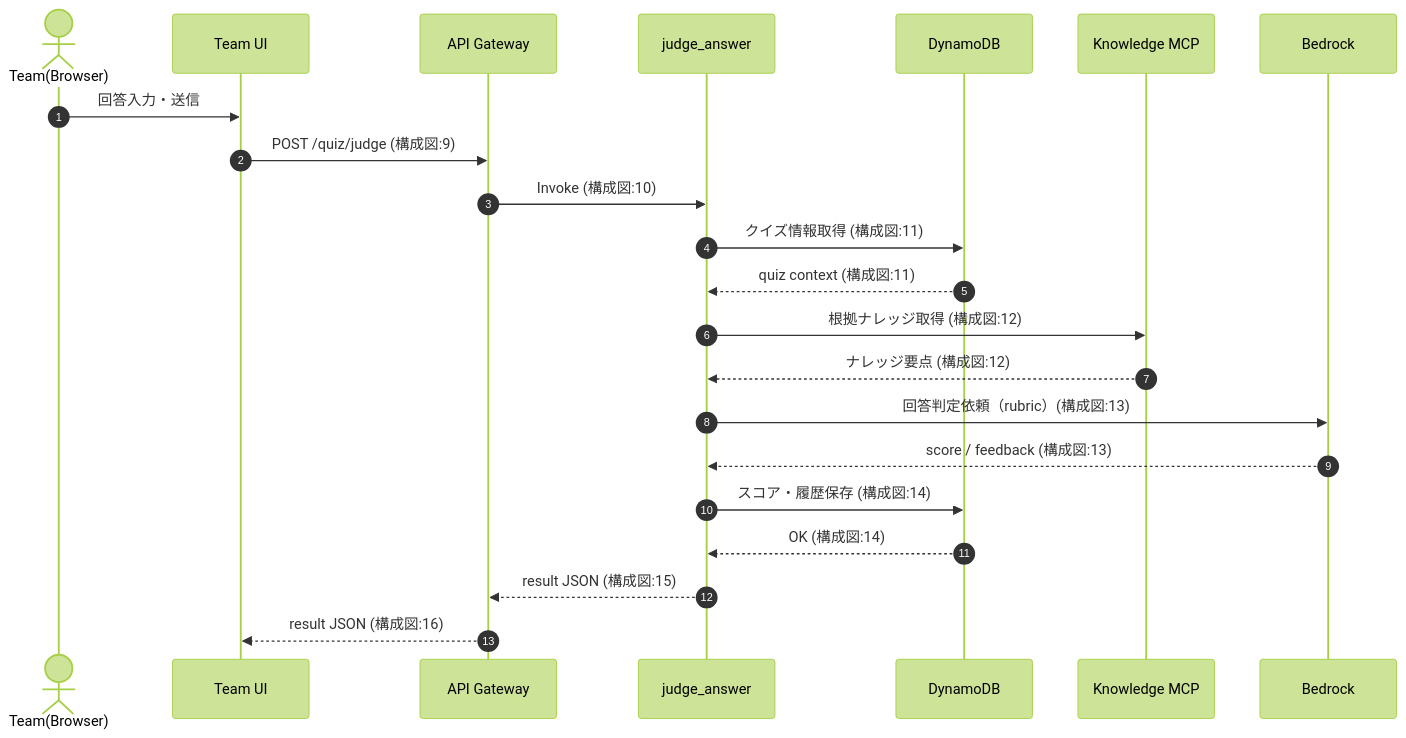
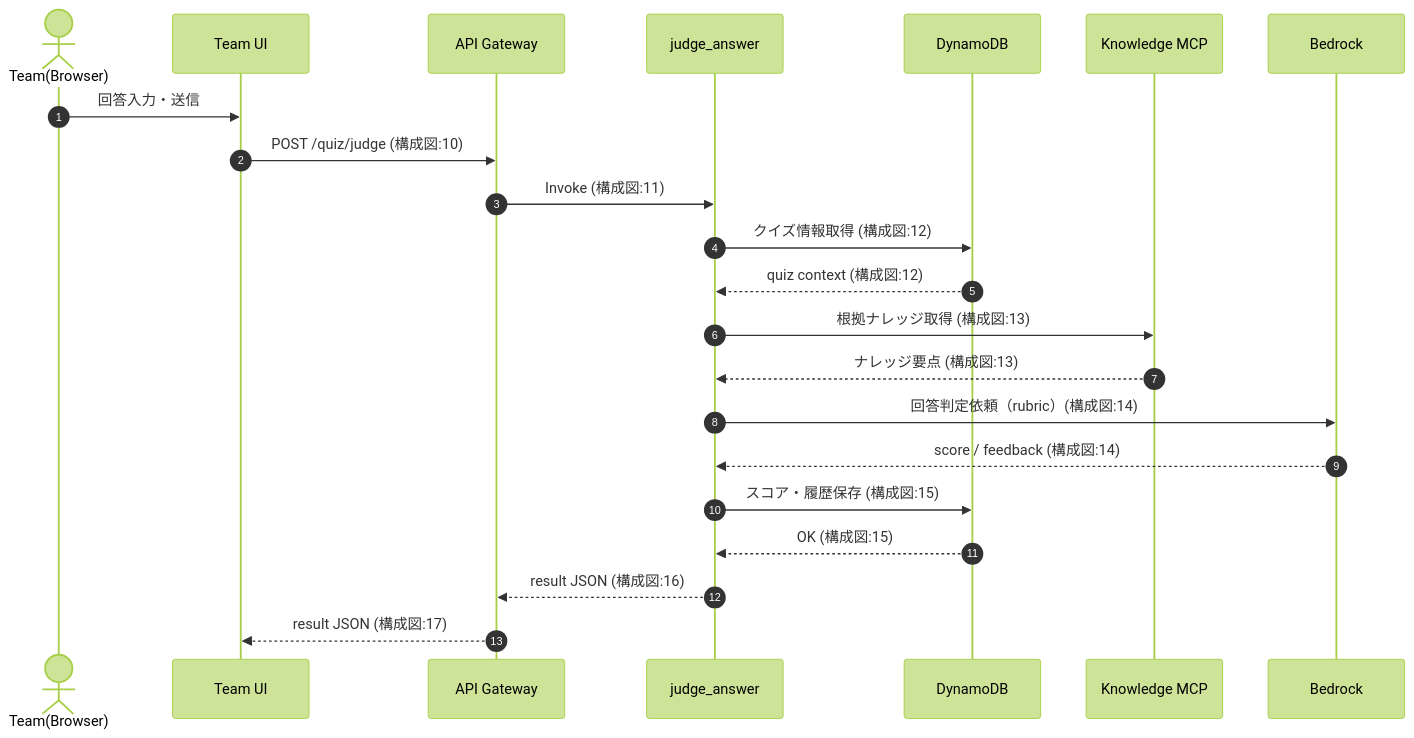
One commit to hatanoyoshihiko/aws_knowledge_quiz changed the fifth of 6 diagrams in README.md. Above: the diagram before and after it, drawn with Mermaid (forest theme). The commit also changed other lines of this file, not shown here.

Commit message:
start_quiz_generationの追加が反映されていなかったため修正

````diff
--- a/README.md
+++ b/README.md
@@ -403,30 +409,30 @@
 ```mermaid
 sequenceDiagram
   autonumber
   actor Team as Team(Browser)
   participant FET as Team UI
   participant GW as API Gateway
   participant JA as judge_answer
   participant DB as DynamoDB
   participant MCP as Knowledge MCP
   participant BR as Bedrock
 
   Team->>FET: 回答入力・送信
-  FET->>GW: POST /quiz/judge (構成図:9)
-  GW->>JA: Invoke (構成図:10)
+  FET->>GW: POST /quiz/judge (構成図:10)
+  GW->>JA: Invoke (構成図:11)
 
-  JA->>DB: クイズ情報取得 (構成図:11)
-  DB-->>JA: quiz context (構成図:11)
+  JA->>DB: クイズ情報取得 (構成図:12)
+  DB-->>JA: quiz context (構成図:12)
 
-  JA->>MCP: 根拠ナレッジ取得 (構成図:12)
-  MCP-->>JA: ナレッジ要点 (構成図:12)
+  JA->>MCP: 根拠ナレッジ取得 (構成図:13)
+  MCP-->>JA: ナレッジ要点 (構成図:13)
 
-  JA->>BR: 回答判定依頼（rubric）(構成図:13)
-  BR-->>JA: score / feedback (構成図:13)
+  JA->>BR: 回答判定依頼（rubric）(構成図:14)
+  BR-->>JA: score / feedback (構成図:14)
 
-  JA->>DB: スコア・履歴保存 (構成図:14)
-  DB-->>JA: OK (構成図:14)
+  JA->>DB: スコア・履歴保存 (構成図:15)
+  DB-->>JA: OK (構成図:15)
 
-  JA-->>GW: result JSON (構成図:15)
-  GW-->>FET: result JSON (構成図:16)
+  JA-->>GW: result JSON (構成図:16)
+  GW-->>FET: result JSON (構成図:17)
 ```
````
